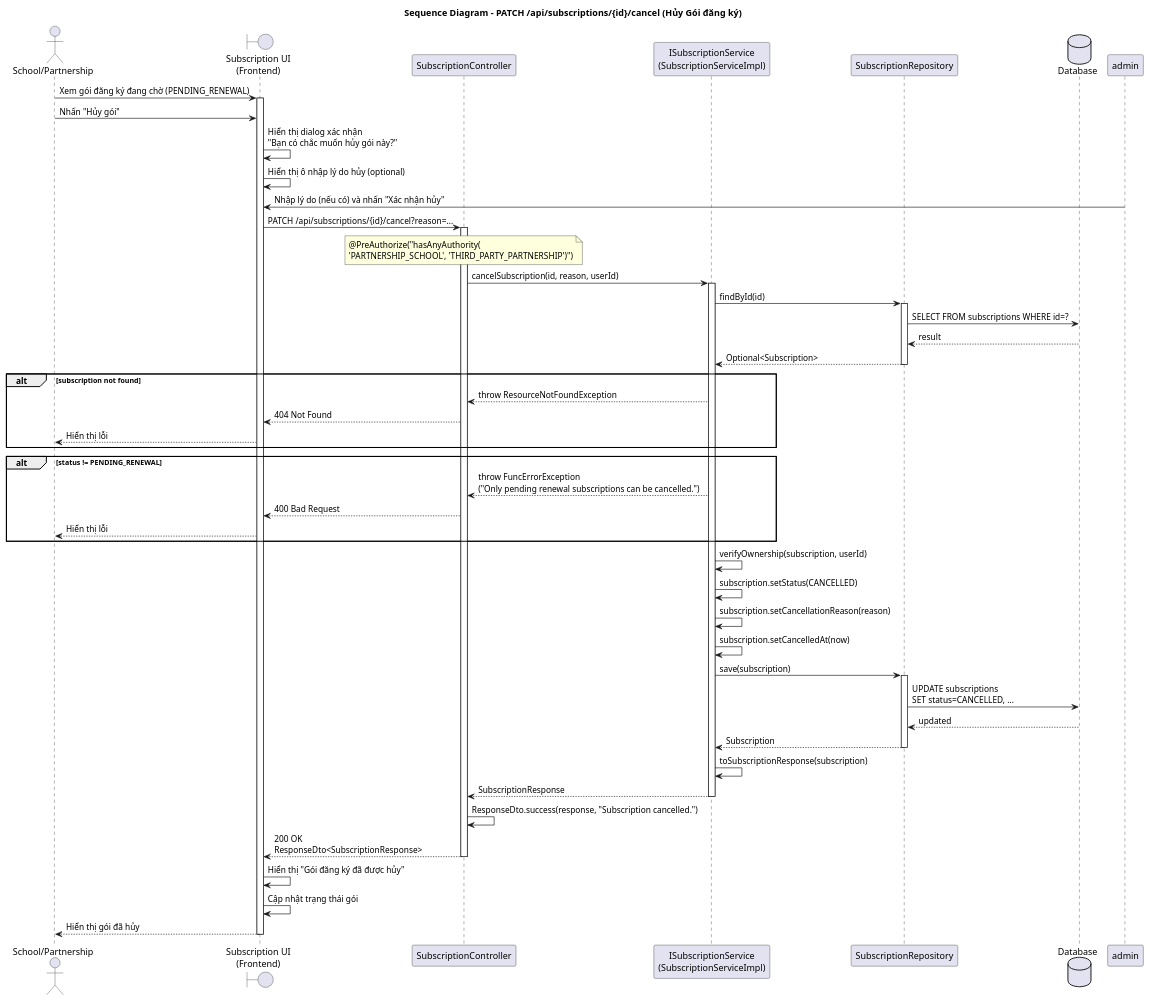
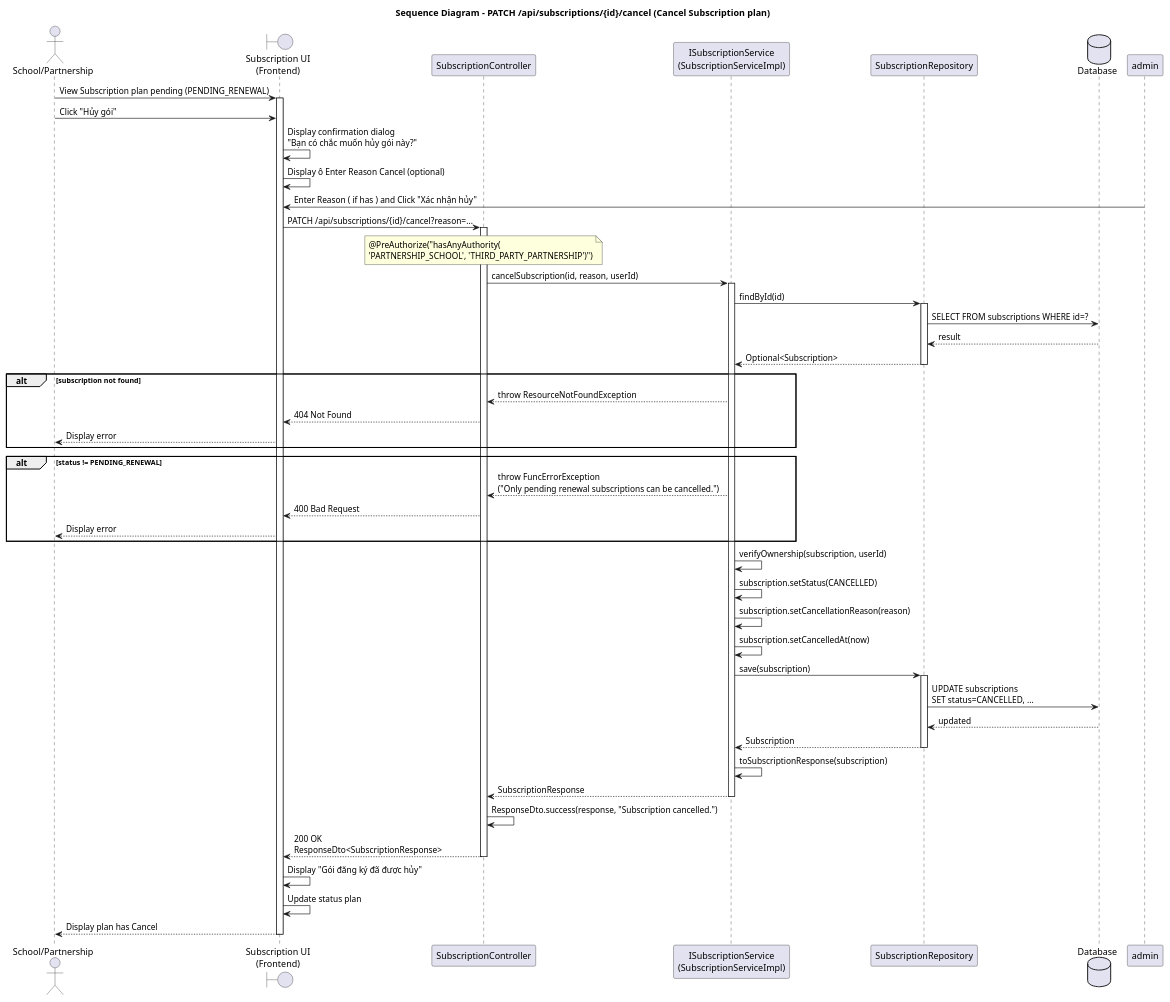
The diagram in src/main/resources/diagram/seq_cancel_subscription.puml (EpxrLab/EcoVerse_BE), drawn with PlantUML before and after one commit. The commit also changed 53 other files, not shown here.

```diff
--- a/src/main/resources/diagram/seq_cancel_subscription.puml
+++ b/src/main/resources/diagram/seq_cancel_subscription.puml
@@ -1,73 +1,73 @@
 @startuml seq_cancel_subscription
-title Sequence Diagram - PATCH /api/subscriptions/{id}/cancel (Hủy Gói đăng ký)
+title Sequence Diagram - PATCH /api/subscriptions/{id}/cancel (Cancel Subscription plan)
 
 actor "School/Partnership" as user
 boundary "Subscription UI\n(Frontend)" as ui
 participant "SubscriptionController" as ctrl
 participant "ISubscriptionService\n(SubscriptionServiceImpl)" as svc
 participant "SubscriptionRepository" as subRepo
 database "Database" as db
 
-user -> ui : Xem gói đăng ký đang chờ (PENDING_RENEWAL)
+user -> ui : View Subscription plan pending (PENDING_RENEWAL)
 activate ui
 
-user -> ui : Nhấn "Hủy gói"
-ui -> ui : Hiển thị dialog xác nhận\n"Bạn có chắc muốn hủy gói này?"
-ui -> ui : Hiển thị ô nhập lý do hủy (optional)
+user -> ui : Click "Hủy gói"
+ui -> ui : Display confirmation dialog\n"Bạn có chắc muốn hủy gói này?"
+ui -> ui : Display ô Enter Reason Cancel (optional)
 
-admin -> ui : Nhập lý do (nếu có) và nhấn "Xác nhận hủy"
+admin -> ui : Enter Reason ( if has ) and Click "Xác nhận hủy"
 
 ui -> ctrl : PATCH /api/subscriptions/{id}/cancel?reason=...
 activate ctrl
 note over ctrl : @PreAuthorize("hasAnyAuthority(\n'PARTNERSHIP_SCHOOL', 'THIRD_PARTY_PARTNERSHIP')")
 
 ctrl -> svc : cancelSubscription(id, reason, userId)
 activate svc
 
 svc -> subRepo : findById(id)
 activate subRepo
 subRepo -> db : SELECT FROM subscriptions WHERE id=?
 db --> subRepo : result
 subRepo --> svc : Optional<Subscription>
 deactivate subRepo
 
 alt subscription not found
-    svc --> ctrl : throw ResourceNotFoundException
-    ctrl --> ui : 404 Not Found
-    ui --> user : Hiển thị lỗi
+ svc --> ctrl : throw ResourceNotFoundException
+ ctrl --> ui : 404 Not Found
+ ui --> user : Display error
 end
 
 alt status != PENDING_RENEWAL
-    svc --> ctrl : throw FuncErrorException\n("Only pending renewal subscriptions can be cancelled.")
-    ctrl --> ui : 400 Bad Request
-    ui --> user : Hiển thị lỗi
+ svc --> ctrl : throw FuncErrorException\n("Only pending renewal subscriptions can be cancelled.")
+ ctrl --> ui : 400 Bad Request
+ ui --> user : Display error
 end
 
 svc -> svc : verifyOwnership(subscription, userId)
 
 svc -> svc : subscription.setStatus(CANCELLED)
 svc -> svc : subscription.setCancellationReason(reason)
 svc -> svc : subscription.setCancelledAt(now)
 
 svc -> subRepo : save(subscription)
 activate subRepo
 subRepo -> db : UPDATE subscriptions\nSET status=CANCELLED, ...
 db --> subRepo : updated
 subRepo --> svc : Subscription
 deactivate subRepo
 
 svc -> svc : toSubscriptionResponse(subscription)
 
 svc --> ctrl : SubscriptionResponse
 deactivate svc
 
 ctrl -> ctrl : ResponseDto.success(response, "Subscription cancelled.")
 ctrl --> ui : 200 OK\nResponseDto<SubscriptionResponse>
 deactivate ctrl
 
-ui -> ui : Hiển thị "Gói đăng ký đã được hủy"
-ui -> ui : Cập nhật trạng thái gói
-ui --> user : Hiển thị gói đã hủy
+ui -> ui : Display "Gói đăng ký đã được hủy"
+ui -> ui : Update status plan
+ui --> user : Display plan has Cancel
 deactivate ui
 
 @enduml
```
